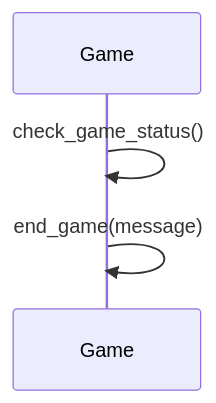
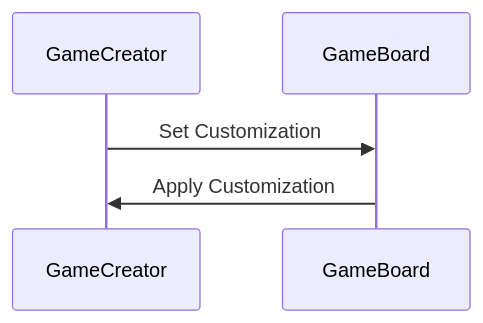
One commit to Sujata2017/App-developed-using-GenAI changed diagram 11 of 16 in design_doc.md. Above: the diagram before and after it, drawn with Mermaid. The commit also changed other lines of this file, not shown here.

````diff
--- a/design_doc.md
+++ b/design_doc.md
@@ -99,6 +171,7 @@
-```mermaid
-sequenceDiagram
-    participant Game
-    Game->>Game: check_game_status()
-    Game->>Game: end_game(message)
-```
+  ```mermaid
+  sequenceDiagram
+    participant GameCreator
+    participant GameBoard
+    GameCreator->>GameBoard: Set Customization
+    GameBoard->>GameCreator: Apply Customization
+  ```
````
